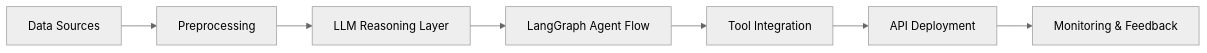
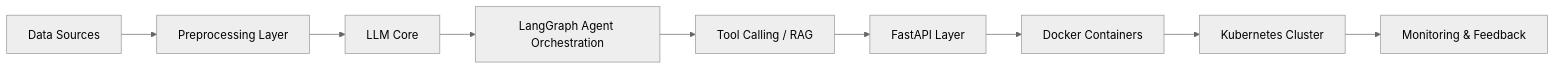
Before and after one commit to DesiLadkaa/DesiLadkaa: the diagram in README.md, drawn with Mermaid (neutral theme). The commit also changed other lines of this file, not shown here.

````diff
--- a/README.md
+++ b/README.md
@@ -32,9 +29,11 @@
 ```mermaid
 flowchart LR
-    A[Data Sources] --> B[Preprocessing]
-    B --> C[LLM Reasoning Layer]
-    C --> D[LangGraph Agent Flow]
-    D --> E[Tool Integration]
-    E --> F[API Deployment]
-    F --> G[Monitoring & Feedback]
+    A[Data Sources] --> B[Preprocessing Layer]
+    B --> C[LLM Core]
+    C --> D[LangGraph Agent Orchestration]
+    D --> E[Tool Calling / RAG]
+    E --> F[FastAPI Layer]
+    F --> G[Docker Containers]
+    G --> H[Kubernetes Cluster]
+    H --> I[Monitoring & Feedback]
 ```
````
